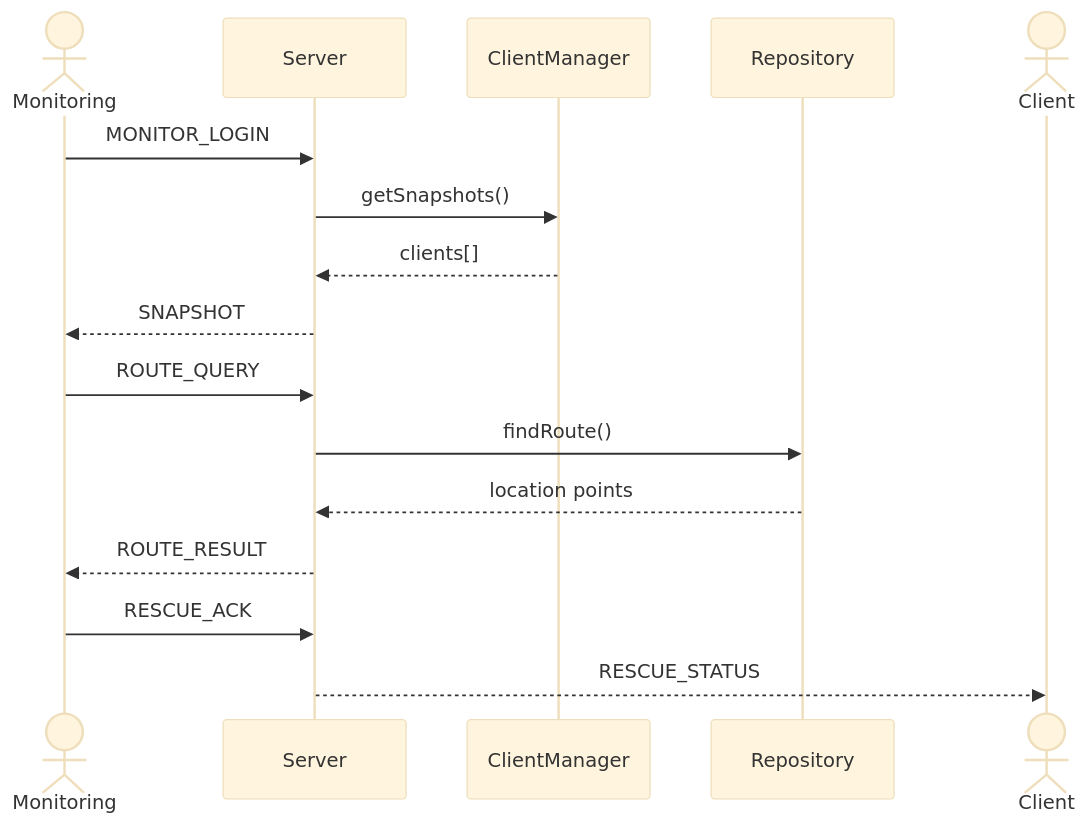
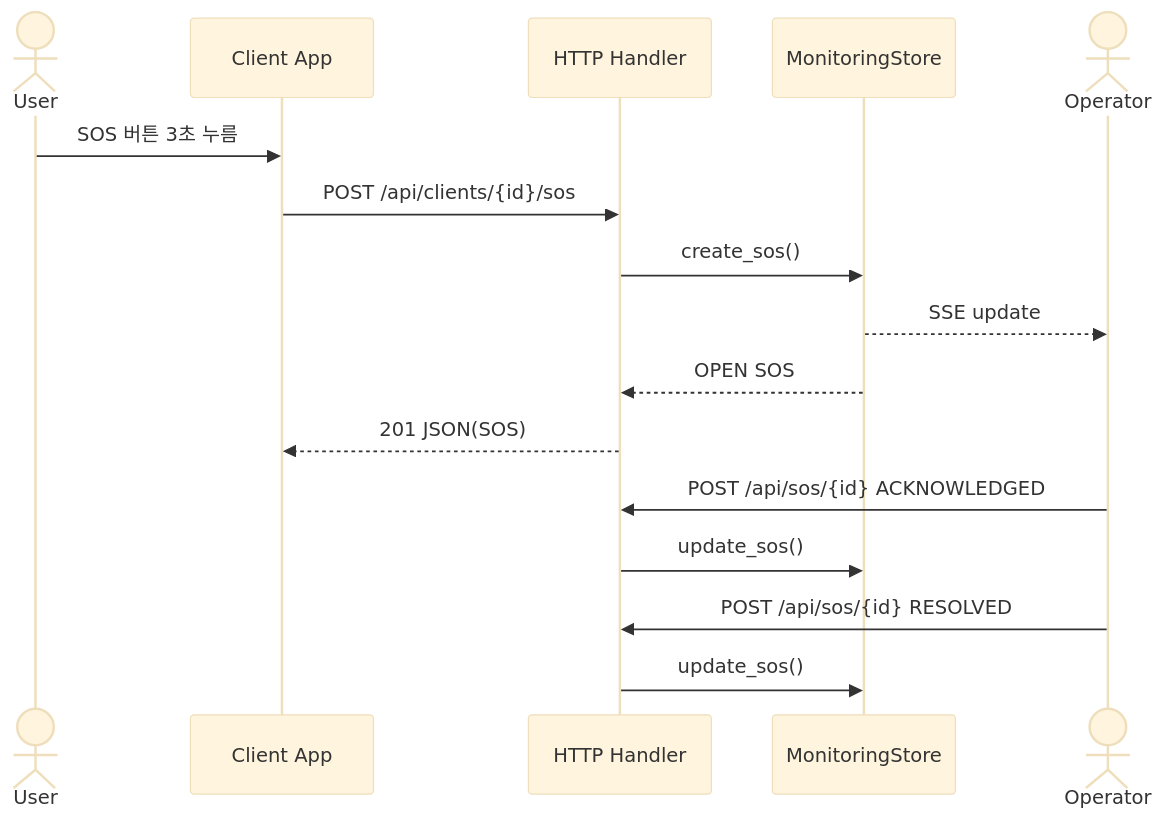
Before and after one commit to xweoze/real-time-monitoring-system: the fifth of 11 diagrams in Design_22212023_김지훈.md, drawn with Mermaid (base theme). The commit also changed other lines of this file and 3 other files, not shown here.

````diff
--- a/Design_22212023_김지훈.md
+++ b/Design_22212023_김지훈.md
@@ -528,19 +263,19 @@
 ```mermaid
 sequenceDiagram
-    actor Monitoring
-    participant Server
-    participant ClientManager
-    participant Repository
-    actor Client
+    actor User
+    participant App as Client App
+    participant API as HTTP Handler
+    participant Store as MonitoringStore
+    actor Operator
 
-    Monitoring->>Server: MONITOR_LOGIN
-    Server->>ClientManager: getSnapshots()
-    ClientManager-->>Server: clients[]
-    Server-->>Monitoring: SNAPSHOT
-    Monitoring->>Server: ROUTE_QUERY
-    Server->>Repository: findRoute()
-    Repository-->>Server: location points
-    Server-->>Monitoring: ROUTE_RESULT
-    Monitoring->>Server: RESCUE_ACK
-    Server-->>Client: RESCUE_STATUS
+    User->>App: SOS 버튼 3초 누름
+    App->>API: POST /api/clients/{id}/sos
+    API->>Store: create_sos()
+    Store-->>Operator: SSE update
+    Store-->>API: OPEN SOS
+    API-->>App: 201 JSON(SOS)
+    Operator->>API: POST /api/sos/{id} ACKNOWLEDGED
+    API->>Store: update_sos()
+    Operator->>API: POST /api/sos/{id} RESOLVED
+    API->>Store: update_sos()
 ```
````
